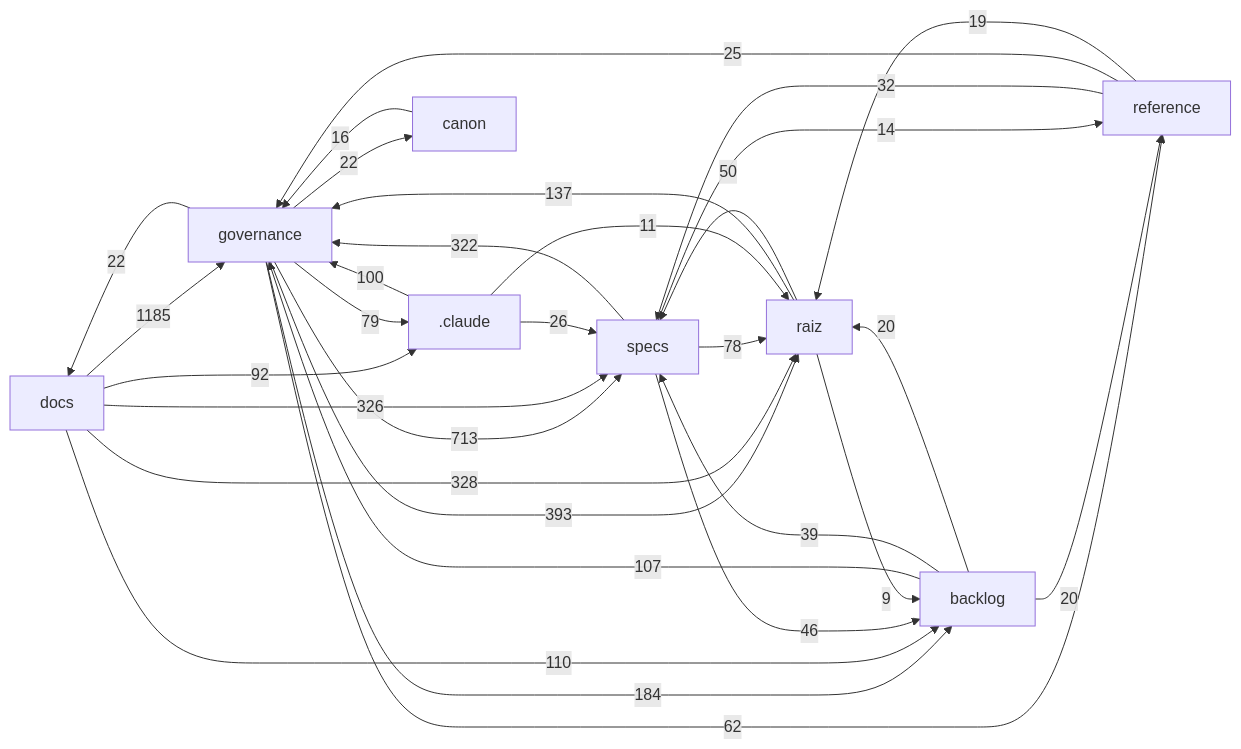
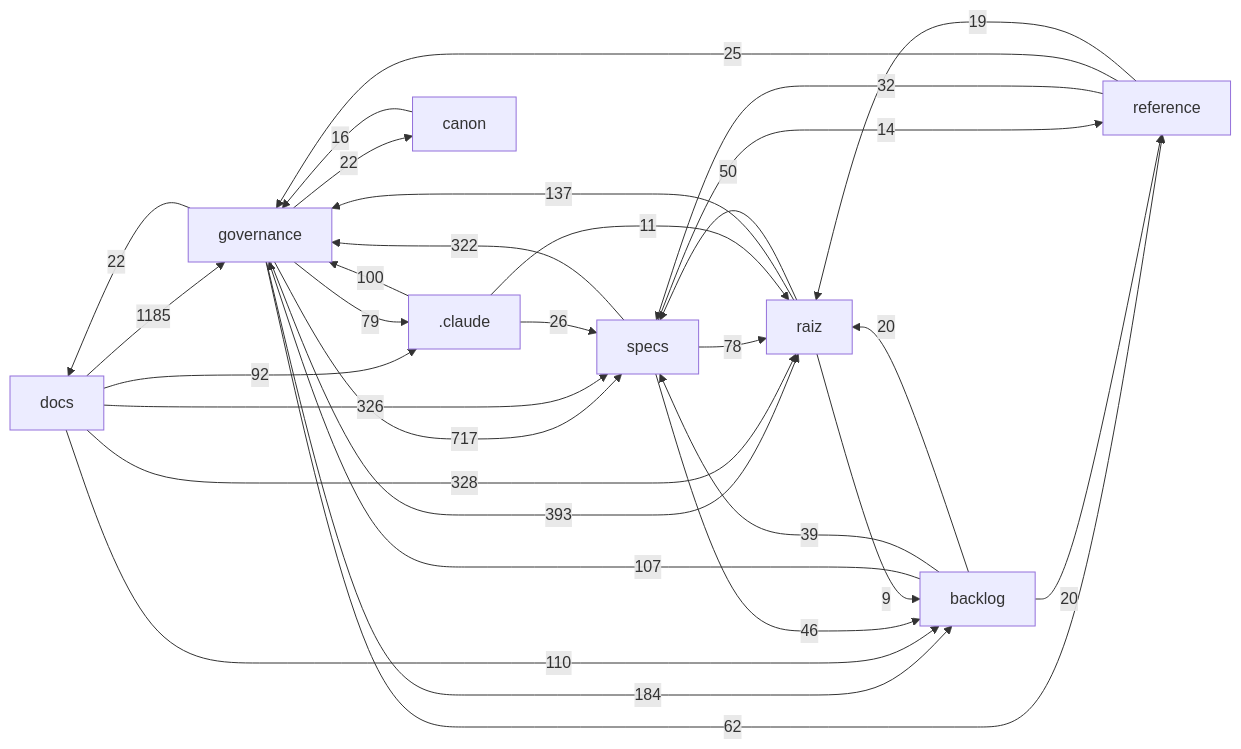
One commit to Andraus35/Sistema-Operacional-de-Trading--SOT changed the diagram in docs/mapa/MAPA-PROJETO.md. Above: the diagram before and after it, drawn with Mermaid. The commit also changed other lines of this file and 2 other files, not shown here.

````diff
--- a/docs/mapa/MAPA-PROJETO.md
+++ b/docs/mapa/MAPA-PROJETO.md
@@ -29,33 +29,33 @@
 ```mermaid
 flowchart LR
   docs["docs"] -->|1185| governance["governance"]
-  governance["governance"] -->|713| specs["specs"]
+  governance["governance"] -->|717| specs["specs"]
   governance["governance"] -->|393| raiz["raiz"]
   docs["docs"] -->|328| raiz["raiz"]
   docs["docs"] -->|326| specs["specs"]
   specs["specs"] -->|322| governance["governance"]
   governance["governance"] -->|184| backlog["backlog"]
   raiz["raiz"] -->|137| governance["governance"]
   docs["docs"] -->|110| backlog["backlog"]
   backlog["backlog"] -->|107| governance["governance"]
   _claude[".claude"] -->|100| governance["governance"]
   docs["docs"] -->|92| _claude[".claude"]
   governance["governance"] -->|79| _claude[".claude"]
   specs["specs"] -->|78| raiz["raiz"]
   governance["governance"] -->|62| reference["reference"]
   raiz["raiz"] -->|50| specs["specs"]
   specs["specs"] -->|46| backlog["backlog"]
   backlog["backlog"] -->|39| specs["specs"]
   reference["reference"] -->|32| specs["specs"]
   _claude[".claude"] -->|26| specs["specs"]
   reference["reference"] -->|25| governance["governance"]
   governance["governance"] -->|22| docs["docs"]
   governance["governance"] -->|22| canon["canon"]
   backlog["backlog"] -->|20| raiz["raiz"]
   backlog["backlog"] -->|20| reference["reference"]
   reference["reference"] -->|19| raiz["raiz"]
   canon["canon"] -->|16| governance["governance"]
   specs["specs"] -->|14| reference["reference"]
   _claude[".claude"] -->|11| raiz["raiz"]
   raiz["raiz"] -->|9| backlog["backlog"]
 ```
````
